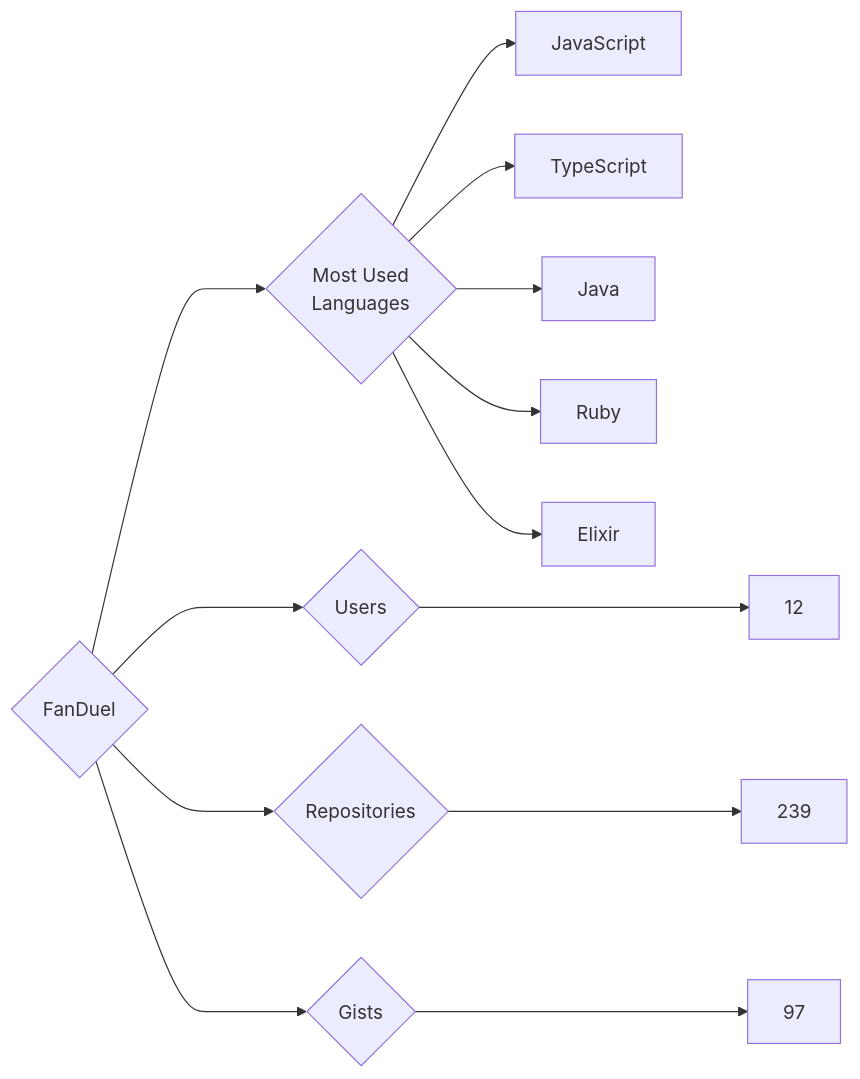
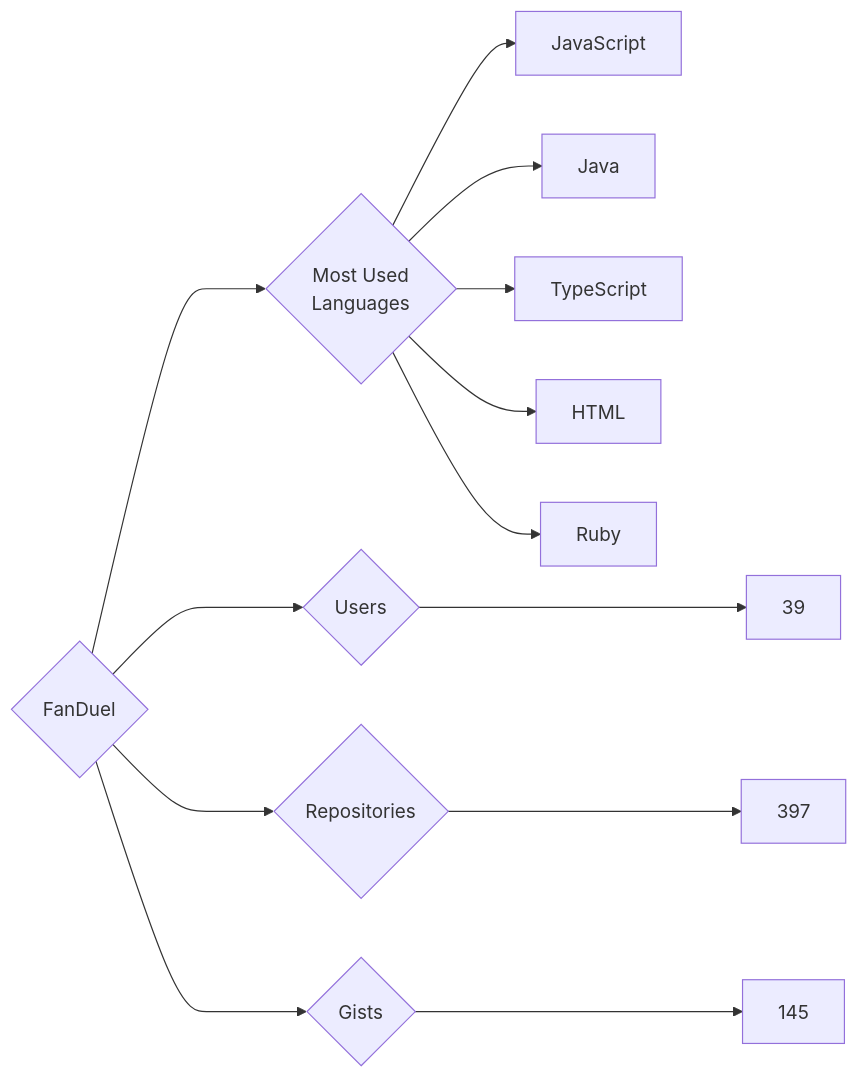
Before and after one commit to trickest/insiders: the diagram in targets/FanDuel/README.md, drawn with Mermaid. The commit also changed 951 other files, not shown here.

````diff
--- a/targets/FanDuel/README.md
+++ b/targets/FanDuel/README.md
@@ -3,13 +3,13 @@
 ```mermaid
 graph LR
 COMPANY_NAME{FanDuel}
-COMPANY_NAME ---> U{Users} ---> UN[12]
-COMPANY_NAME ---> R{Repositories} ---> RN[239]
-COMPANY_NAME ---> G{Gists} ---> GN[97]
+COMPANY_NAME ---> U{Users} ---> UN[39]
+COMPANY_NAME ---> R{Repositories} ---> RN[397]
+COMPANY_NAME ---> G{Gists} ---> GN[145]
 COMPANY_NAME ---> ML{Most Used<br>Languages}
 ML --> JavaScript[JavaScript]
+ML --> Java[Java]
 ML --> TypeScript[TypeScript]
-ML --> Java[Java]
+ML --> HTML[HTML]
 ML --> Ruby[Ruby]
-ML --> Elixir[Elixir]
 ```
````
